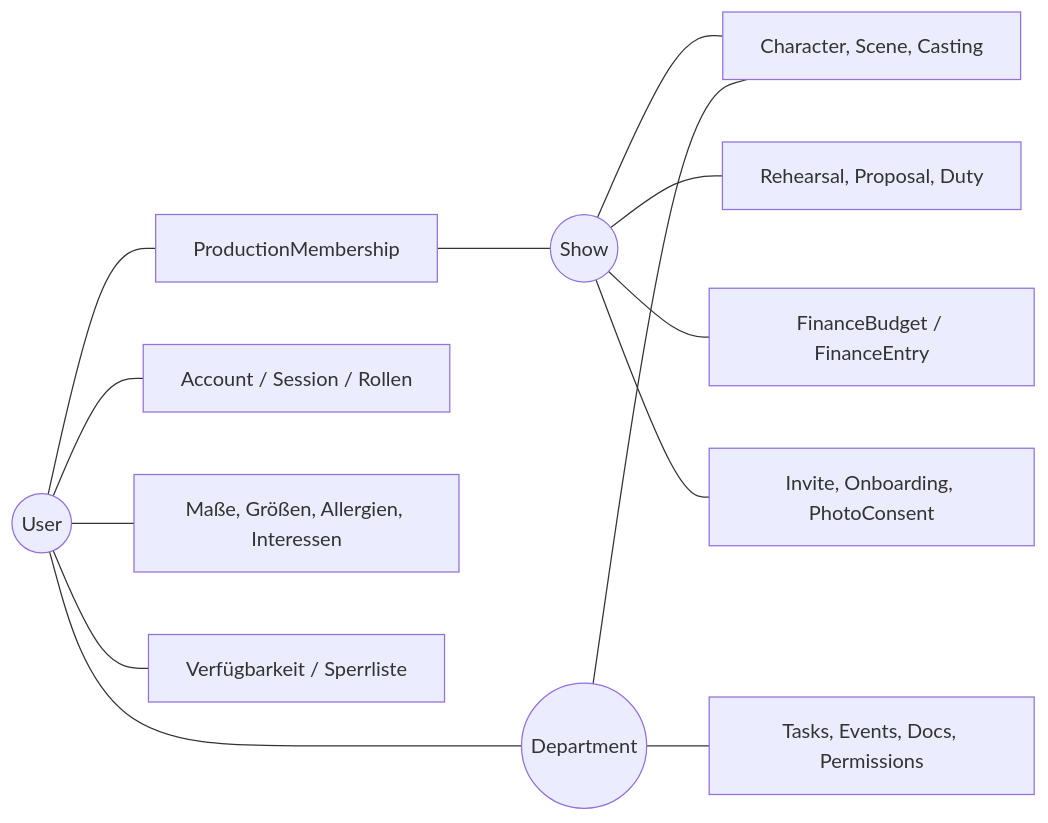
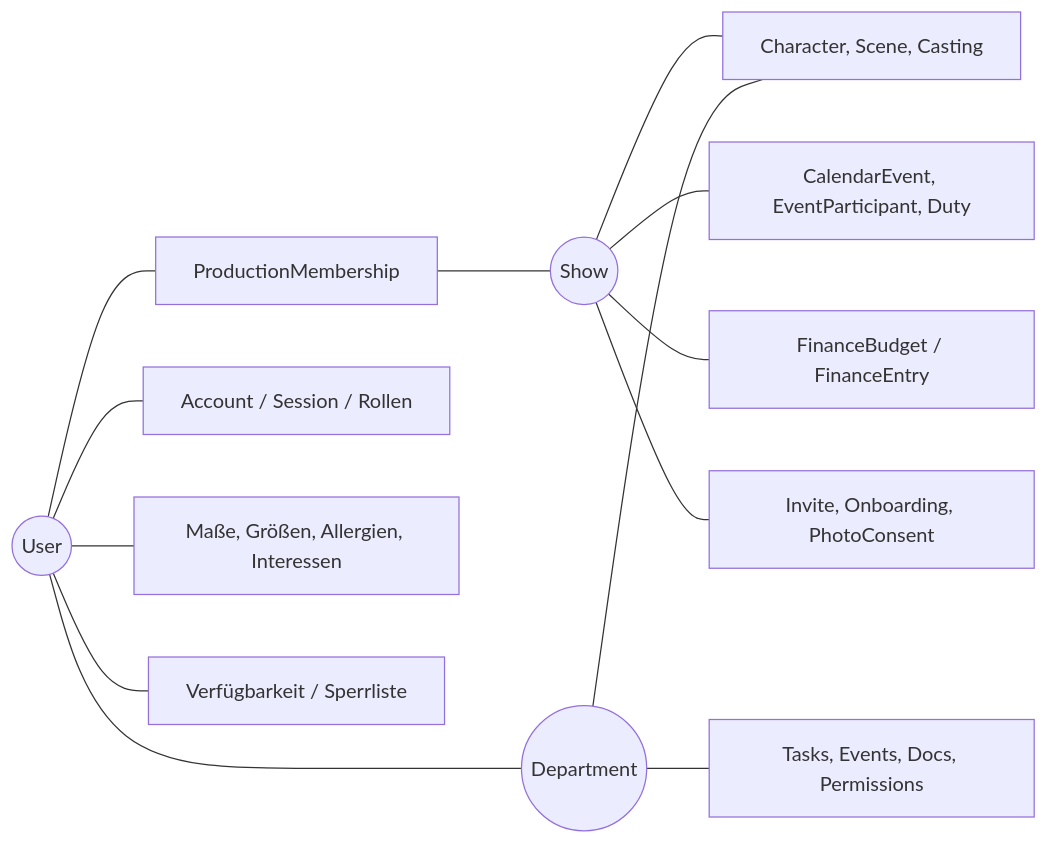
The first of 6 diagrams in docs/datenmodell.md (Schlossparktheater-Altrossthal/Website), drawn with Mermaid before and after one commit. The commit also changed other lines of this file and 35 other files, not shown here.

````diff
--- a/docs/datenmodell.md
+++ b/docs/datenmodell.md
@@ -19,14 +19,14 @@
 ```mermaid
 flowchart LR
     User((User)) --- PM[ProductionMembership] --- Show((Show))
     User --- Auth[Account / Session / Rollen]
     User --- Pers[Maße, Größen, Allergien, Interessen]
     User --- Avail[Verfügbarkeit / Sperrliste]
     Show --- Stueck[Character, Scene, Casting]
-    Show --- Proben[Rehearsal, Proposal, Duty]
+    Show --- Proben[CalendarEvent, EventParticipant, Duty]
     Show --- Fin[FinanceBudget / FinanceEntry]
     Show --- Onb[Invite, Onboarding, PhotoConsent]
     Dept((Department)) --- Stueck
     Dept --- DeptX[Tasks, Events, Docs, Permissions]
     User --- Dept
 ```
````
